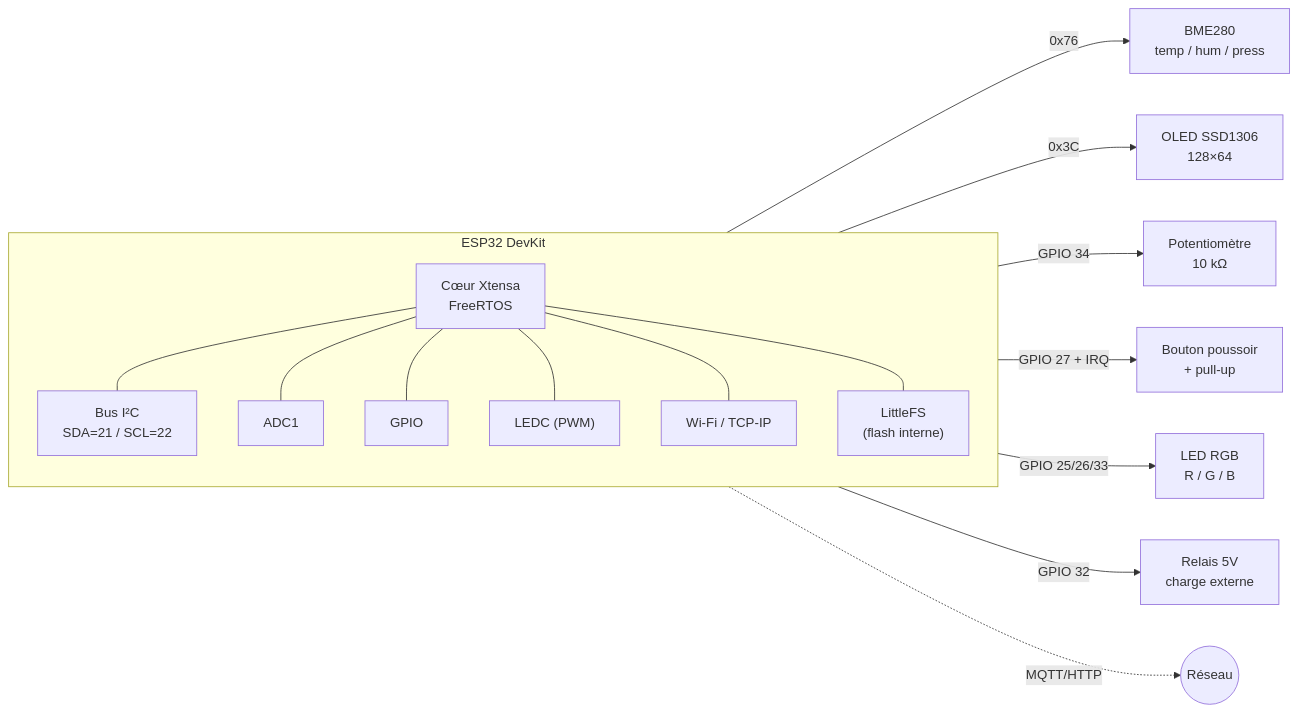
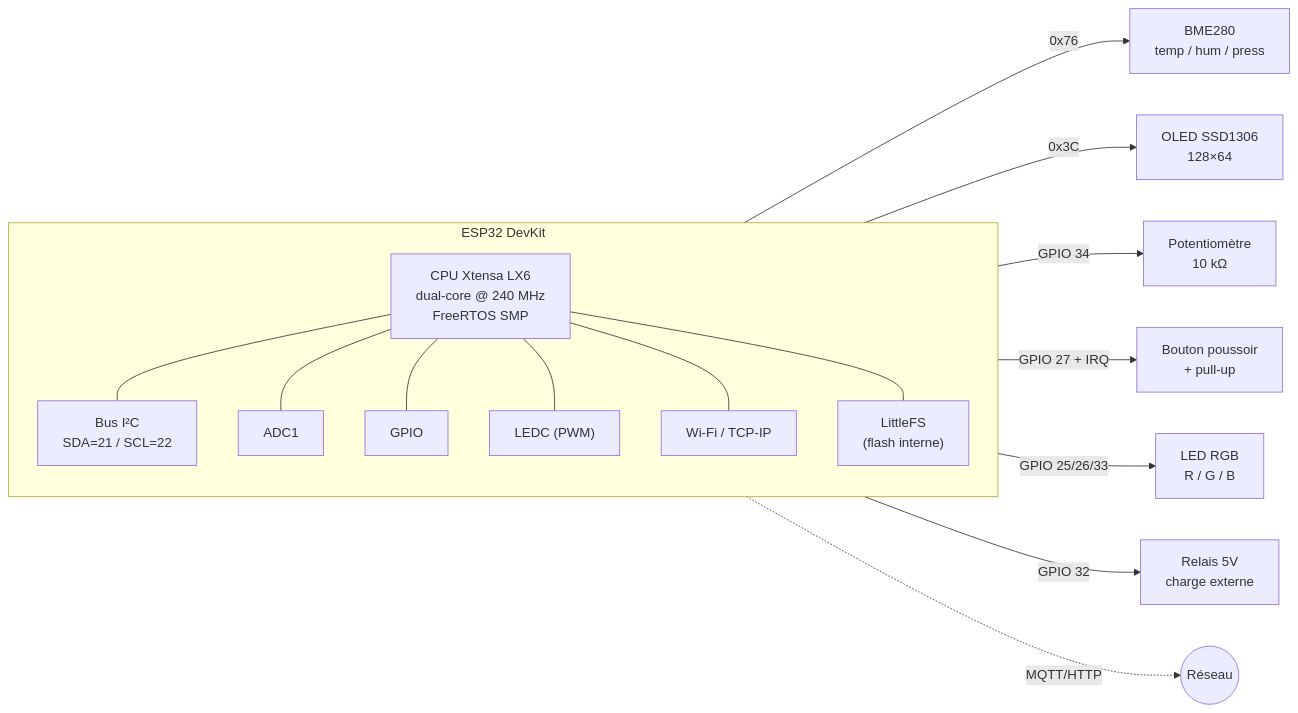
The first of 3 diagrams in README.md (Jaden38/esp32-secure-iot-station), drawn with Mermaid before and after one commit. The commit also changed other lines of this file, not shown here.

Commit message:
docs(readme): explain Xtensa LX6 dual-core architecture

````diff
--- a/README.md
+++ b/README.md
@@ -30,36 +30,36 @@
 ```mermaid
 flowchart LR
     subgraph ESP32["ESP32 DevKit"]
         direction TB
-        MCU["Cœur Xtensa<br/>FreeRTOS"]
+        MCU["CPU Xtensa LX6<br/>dual-core @ 240 MHz<br/>FreeRTOS SMP"]
         I2C["Bus I²C<br/>SDA=21 / SCL=22"]
         ADC["ADC1"]
         GPIO["GPIO"]
         PWM["LEDC (PWM)"]
         WIFI["Wi-Fi / TCP-IP"]
         FS["LittleFS<br/>(flash interne)"]
     end
 
     BME["BME280<br/>temp / hum / press"]
     OLED["OLED SSD1306<br/>128×64"]
     POT["Potentiomètre<br/>10 kΩ"]
     BTN["Bouton poussoir<br/>+ pull-up"]
     LED["LED RGB<br/>R / G / B"]
     RLY["Relais 5V<br/>charge externe"]
 
     I2C -->|0x76| BME
     I2C -->|0x3C| OLED
     ADC -->|GPIO 34| POT
     GPIO -->|GPIO 27 + IRQ| BTN
     PWM -->|GPIO 25/26/33| LED
     GPIO -->|GPIO 32| RLY
 
     MCU --- I2C
     MCU --- ADC
     MCU --- GPIO
     MCU --- PWM
     MCU --- WIFI
     MCU --- FS
 
     WIFI -.->|MQTT/HTTP| NET((Réseau))
 ```
````
